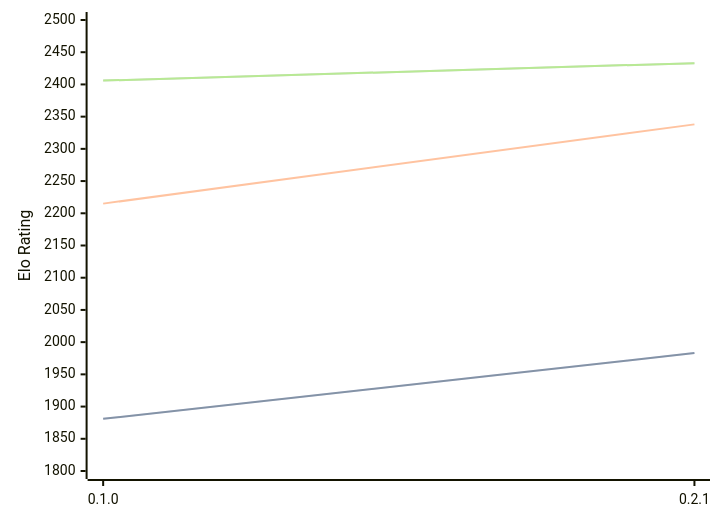
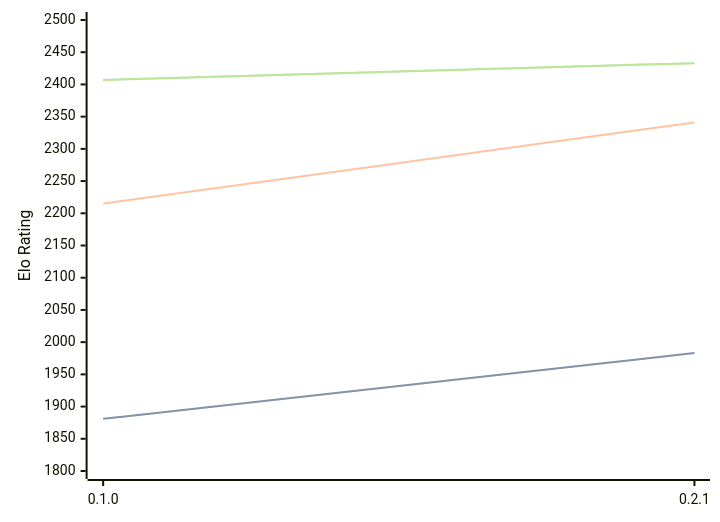
Before and after one commit to computer-chess-index/cci: the third of 3 diagrams in engines/Sykora.md, drawn with Mermaid. The commit also changed other lines of this file, not shown here.

Commit message:
Update CCI Ratings (ELO VLTC) - 2026-06-21

````diff
--- a/engines/Sykora.md
+++ b/engines/Sykora.md
@@ -66,11 +66,11 @@
 ```mermaid
 %%{init: {"theme":"base","themeVariables":{"seriesColors:['#a3a3a3','#222221','#faa371']}}}%%
 xychart-beta
   x-axis ["0.1.0", "0.2.1"]
   y-axis "Elo Rating" 1800 --> 2500
   line "STC (8.0+0.08s)" [1881, 1983]
   line "STC (8.0+0.08s)" [1881, 1983]
-  line "LTC (60.0+0.60s)" [2215, 2338]
-  line "VLTC (2m24s+1.12s)" [2406, 2433]
-  line "VLTC (2m24s+1.12s)" [2406, 2433]
+  line "LTC (60.0+0.60s)" [2215, 2341]
+  line "VLTC (2m24s+1.12s)" [2407, 2433]
+  line "VLTC (2m24s+1.12s)" [2407, 2433]
 ```
````
